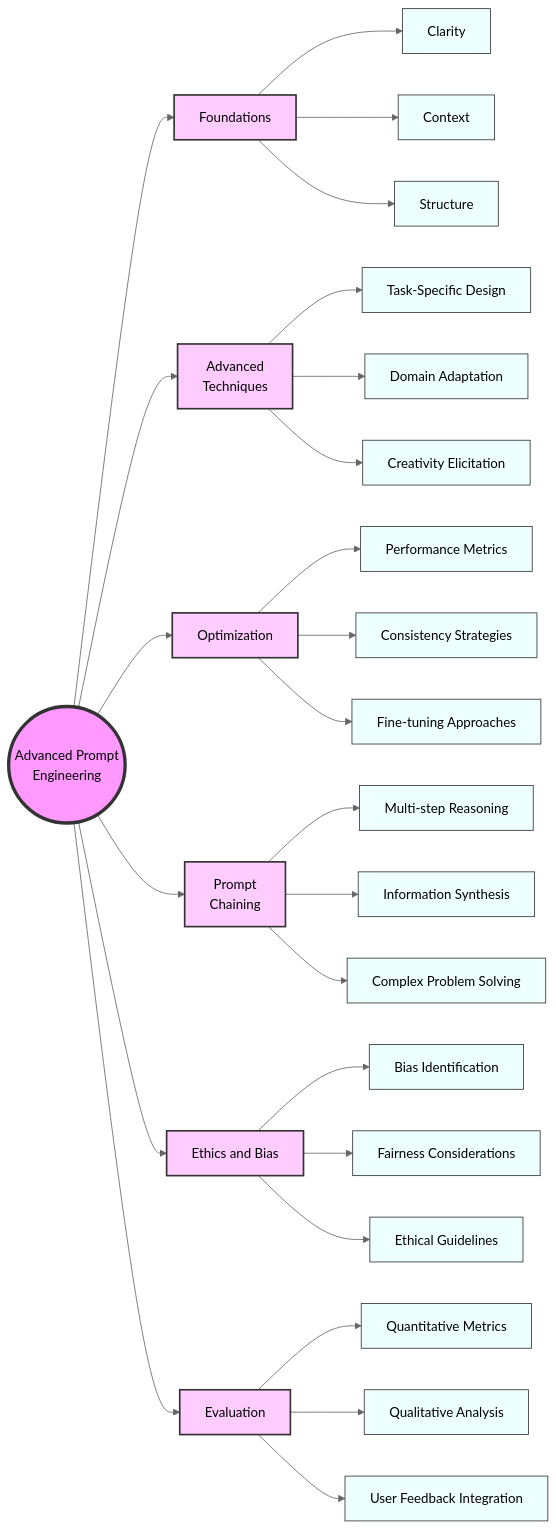
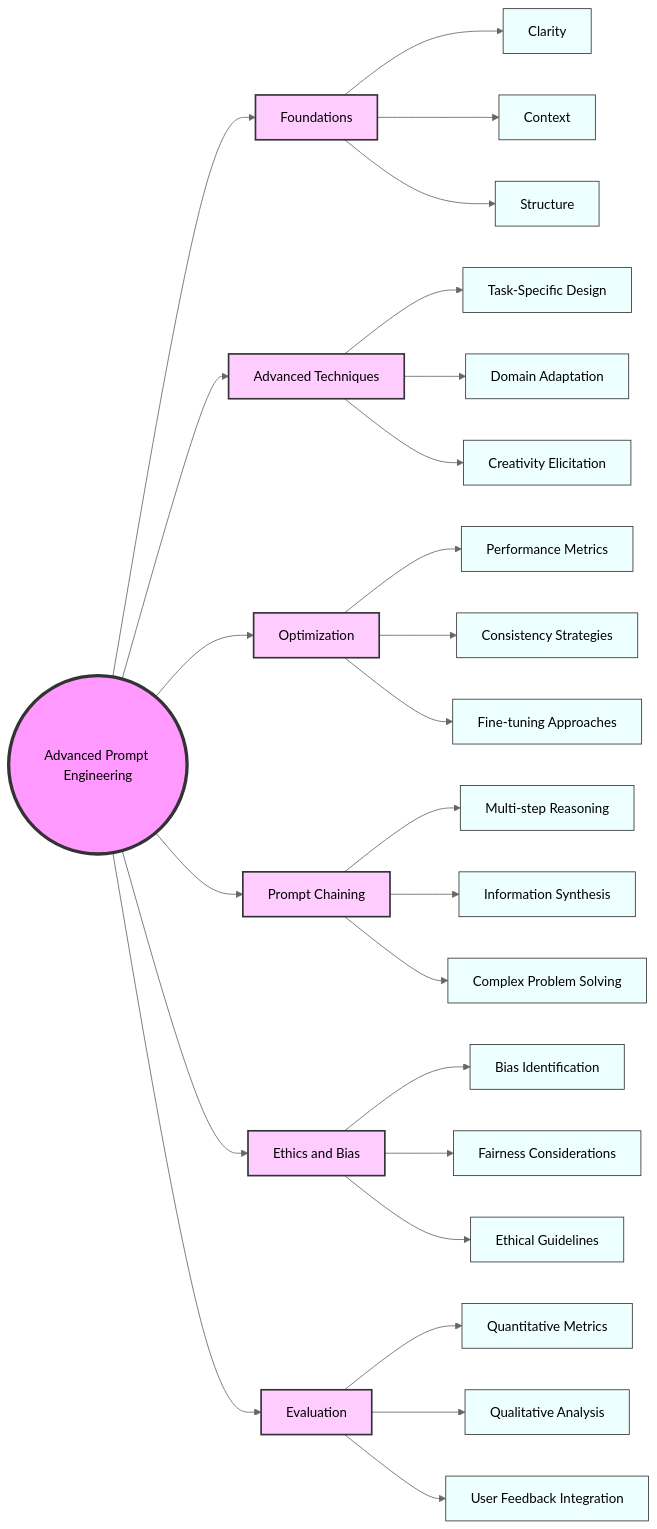
The second of 2 diagrams in notebooks/md/lesson_17_Designing_Input_and_Output_Formats_for_Chatbot_with_Context.md (chenxingqiang/llm-course-chen), drawn with Mermaid (neutral theme) before and after one commit. The commit also changed 216 other files, not shown here.

````diff
--- a/notebooks/md/lesson_17_Designing_Input_and_Output_Formats_for_Chatbot_with_Context.md
+++ b/notebooks/md/lesson_17_Designing_Input_and_Output_Formats_for_Chatbot_with_Context.md
@@ -180,48 +180,48 @@
 ```mermaid
 graph LR
-    A(("Advanced Prompt<br/>Engineering"))
+    A(("Advanced Prompt Engineering"))
     
     B["Foundations"]
-    C["Advanced<br/>Techniques"]
+    C["Advanced Techniques"]
     D["Optimization"]
-    E["Prompt<br/>Chaining"]
+    E["Prompt Chaining"]
     F["Ethics and Bias"]
     G["Evaluation"]
     
     A --> B & C & D & E & F & G
     
     B --> B1["Clarity"]
     B --> B2["Context"]
     B --> B3["Structure"]
     
     C --> C1["Task-Specific Design"]
     C --> C2["Domain Adaptation"]
     C --> C3["Creativity Elicitation"]
     
     D --> D1["Performance Metrics"]
     D --> D2["Consistency Strategies"]
     D --> D3["Fine-tuning Approaches"]
     
     E --> E1["Multi-step Reasoning"]
     E --> E2["Information Synthesis"]
     E --> E3["Complex Problem Solving"]
     
     F --> F1["Bias Identification"]
     F --> F2["Fairness Considerations"]
     F --> F3["Ethical Guidelines"]
     
     G --> G1["Quantitative Metrics"]
     G --> G2["Qualitative Analysis"]
     G --> G3["User Feedback Integration"]
 
     style A fill:#f9f,stroke:#333,stroke-width:4px
     style B fill:#fcf,stroke:#333,stroke-width:2px
     style C fill:#fcf,stroke:#333,stroke-width:2px
     style D fill:#fcf,stroke:#333,stroke-width:2px
     style E fill:#fcf,stroke:#333,stroke-width:2px
     style F fill:#fcf,stroke:#333,stroke-width:2px
     style G fill:#fcf,stroke:#333,stroke-width:2px
     
     classDef subTopic fill:#eff,stroke:#333,stroke-width:1px
     class B1,B2,B3,C1,C2,C3,D1,D2,D3,E1,E2,E3,F1,F2,F3,G1,G2,G3 subTopic
 ```
````
